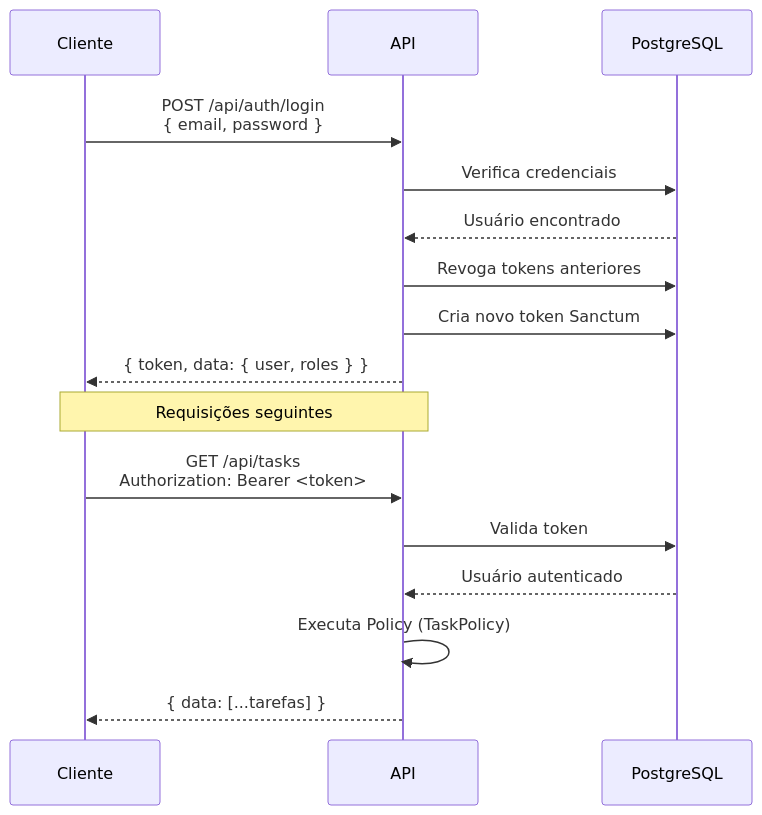
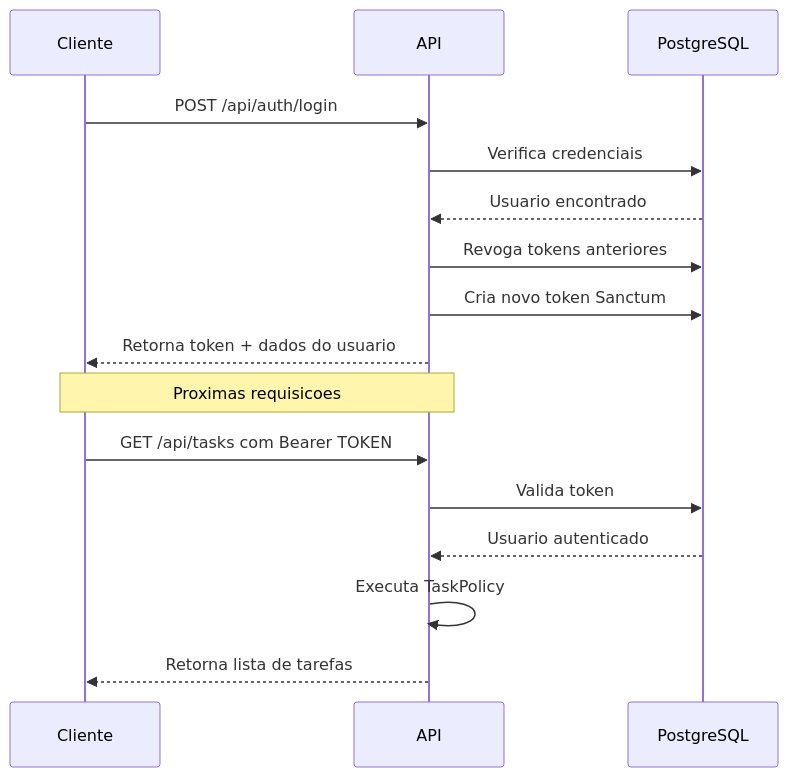
One commit to DarioCampagnaCoutinho/api-tasks changed the second of 4 diagrams in README.md. Above: the diagram before and after it, drawn with Mermaid. The commit also changed other lines of this file, not shown here.

````diff
--- a/README.md
+++ b/README.md
@@ -86,21 +69,21 @@
 ```mermaid
 sequenceDiagram
     participant C as Cliente
     participant A as API
     participant DB as PostgreSQL
 
-    C->>A: POST /api/auth/login<br/>{ email, password }
+    C->>A: POST /api/auth/login
     A->>DB: Verifica credenciais
-    DB-->>A: Usuário encontrado
+    DB-->>A: Usuario encontrado
     A->>DB: Revoga tokens anteriores
     A->>DB: Cria novo token Sanctum
-    A-->>C: { token, data: { user, roles } }
+    A-->>C: Retorna token + dados do usuario
 
-    Note over C,A: Requisições seguintes
+    Note over C,A: Proximas requisicoes
 
-    C->>A: GET /api/tasks<br/>Authorization: Bearer <token>
+    C->>A: GET /api/tasks com Bearer TOKEN
     A->>DB: Valida token
-    DB-->>A: Usuário autenticado
-    A->>A: Executa Policy (TaskPolicy)
-    A-->>C: { data: [...tarefas] }
+    DB-->>A: Usuario autenticado
+    A->>A: Executa TaskPolicy
+    A-->>C: Retorna lista de tarefas
 ```
````
